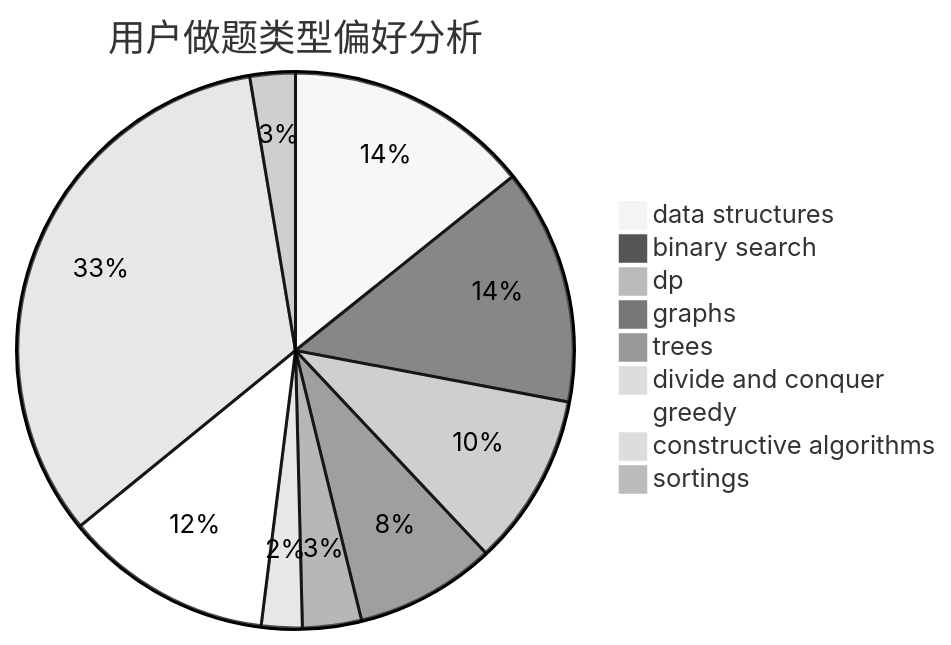
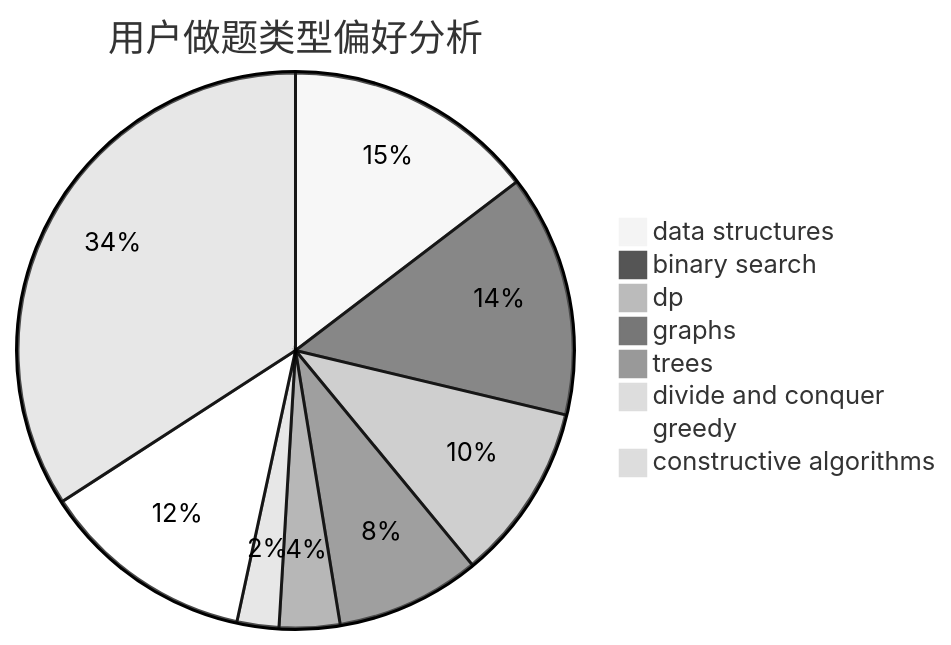
The second of 3 diagrams in docs/user/u29.md (sherpahu/cfrs.github.io), drawn with Mermaid (neutral theme) before and after one commit. The commit also changed other lines of this file and 2769 other files, not shown here.

````diff
--- a/docs/user/u29.md
+++ b/docs/user/u29.md
@@ -18,12 +18,11 @@
 ```mermaid
 pie title 用户做题类型偏好分析
     "data structures" :  54
     "binary search" :  52
     "dp" :  38
     "graphs" :  31
     "trees" :  13
     "divide and conquer" :  9
     "greedy" :  46
     "constructive algorithms" :  126
-    "sortings" :  10
 ```
````
